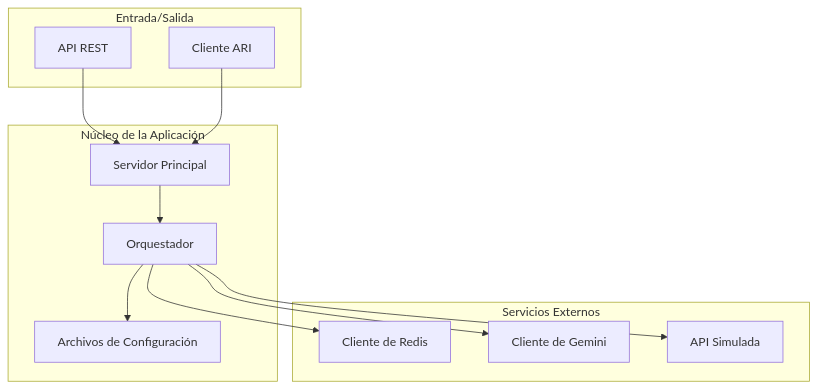
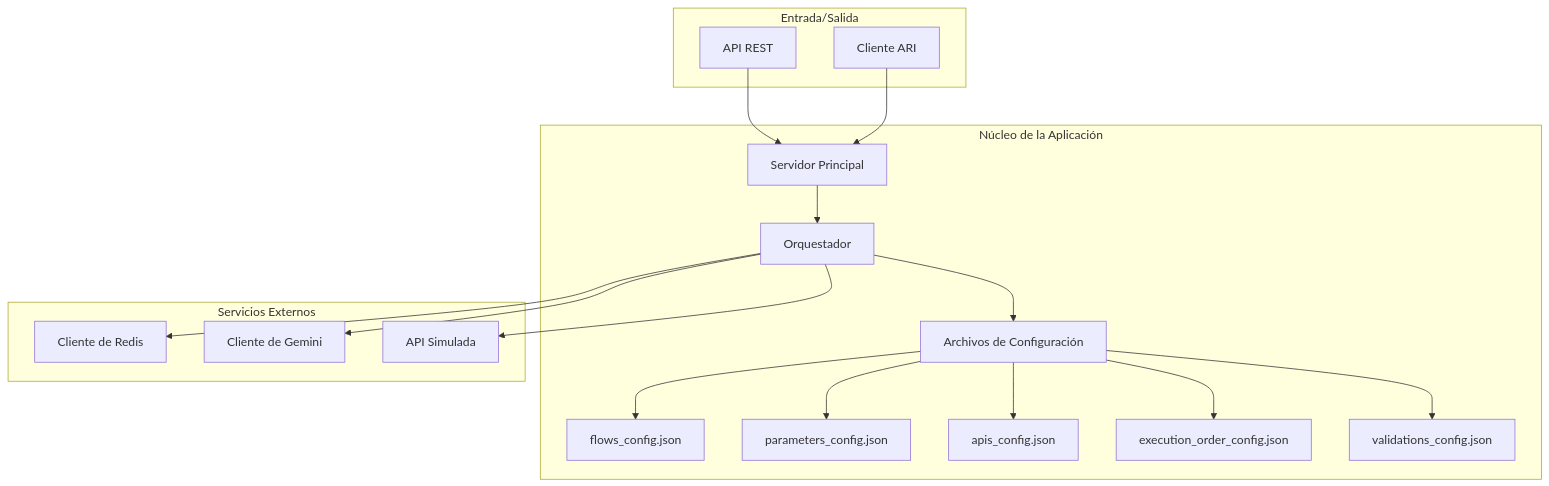
One commit to egorky/orquestador_state_machine changed the second of 2 diagrams in ARCHITECTURE.md. Above: the diagram before and after it, drawn with Mermaid. The commit also changed other lines of this file and 4 other files, not shown here.

````diff
--- a/ARCHITECTURE.md
+++ b/ARCHITECTURE.md
@@ -44,27 +44,32 @@
 ```mermaid
 graph TD
     subgraph "Entrada/Salida"
         A[API REST]
         B[Cliente ARI]
     end
 
     subgraph "Núcleo de la Aplicación"
         C[Servidor Principal]
         D[Orquestador]
         E[Archivos de Configuración]
+        E --> F[flows_config.json]
+        E --> G[parameters_config.json]
+        E --> H[apis_config.json]
+        E --> I[execution_order_config.json]
+        E --> J[validations_config.json]
     end
 
     subgraph "Servicios Externos"
-        F[Cliente de Redis]
-        G[Cliente de Gemini]
-        H[API Simulada]
+        K[Cliente de Redis]
+        L[Cliente de Gemini]
+        M[API Simulada]
     end
 
     A --> C
     B --> C
     C --> D
     D --> E
-    D --> F
-    D --> G
-    D --> H
+    D --> K
+    D --> L
+    D --> M
 ```
````
